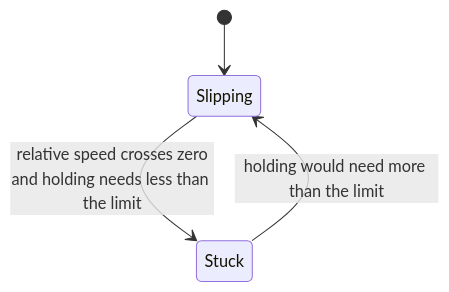
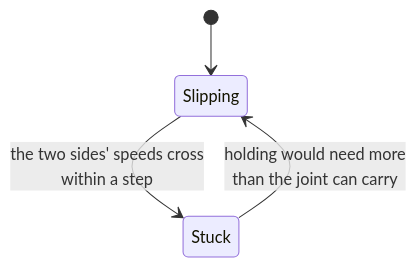
Before and after one commit to MoAbboud/PortFolio: the third of 6 diagrams in pedalsim/requirements/03-architecture.md, drawn with Mermaid. The commit also changed other lines of this file and 30 other files, not shown here.

````diff
--- a/pedalsim/requirements/03-architecture.md
+++ b/pedalsim/requirements/03-architecture.md
@@ -229,6 +243,6 @@
 ```mermaid
 stateDiagram-v2
     [*] --> Slipping
-    Slipping --> Stuck: relative speed crosses zero<br/>and holding needs less than the limit
-    Stuck --> Slipping: holding would need more than the limit
+    Slipping --> Stuck: the two sides' speeds cross<br/>within a step
+    Stuck --> Slipping: holding would need more<br/>than the joint can carry
 ```
````
